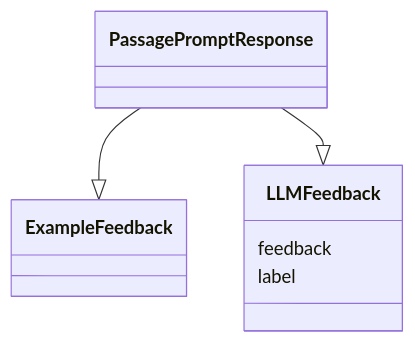
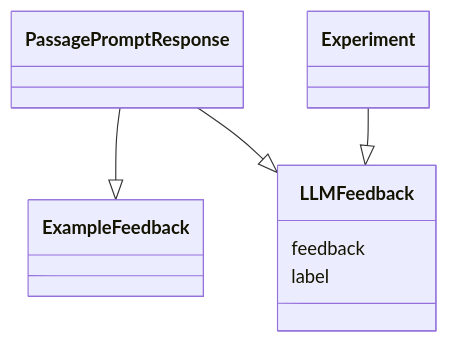
The third of 3 diagrams in services/QuillLMS/engines/evidence/app/models/evidence/research/readme.md (empirical-org/Empirical-Core), drawn with Mermaid before and after one commit. The commit also changed other lines of this file and 10 other files, not shown here.

Commit message:
Add experiment_id to LLMFeedback

````diff
--- a/services/QuillLMS/engines/evidence/app/models/evidence/research/readme.md
+++ b/services/QuillLMS/engines/evidence/app/models/evidence/research/readme.md
@@ -61,13 +61,14 @@
 ```mermaid
 classDiagram
     class PassagePromptResponse {
     }
     class ExampleFeedback {
     }
     class LLMFeedback {
         feedback
         label
     }
     PassagePromptResponse --|> ExampleFeedback
     PassagePromptResponse --|> LLMFeedback
+    Experiment --|> LLMFeedback
 ```
````
